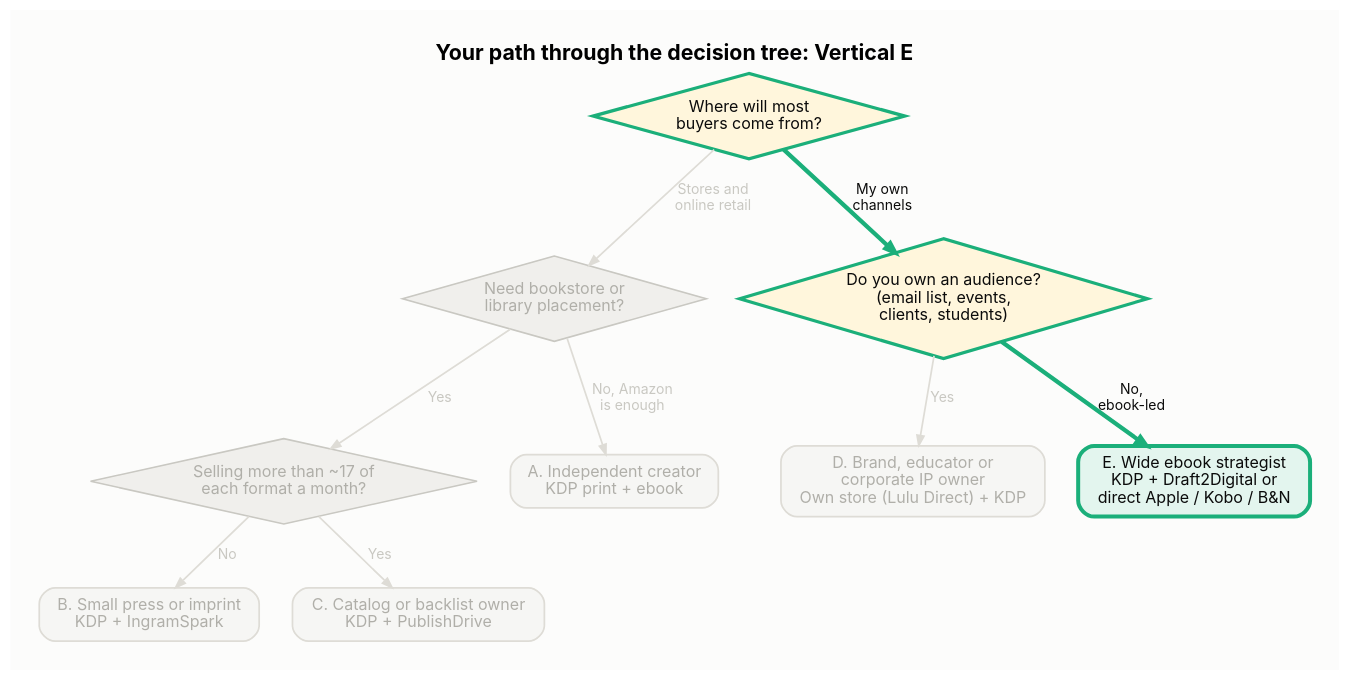
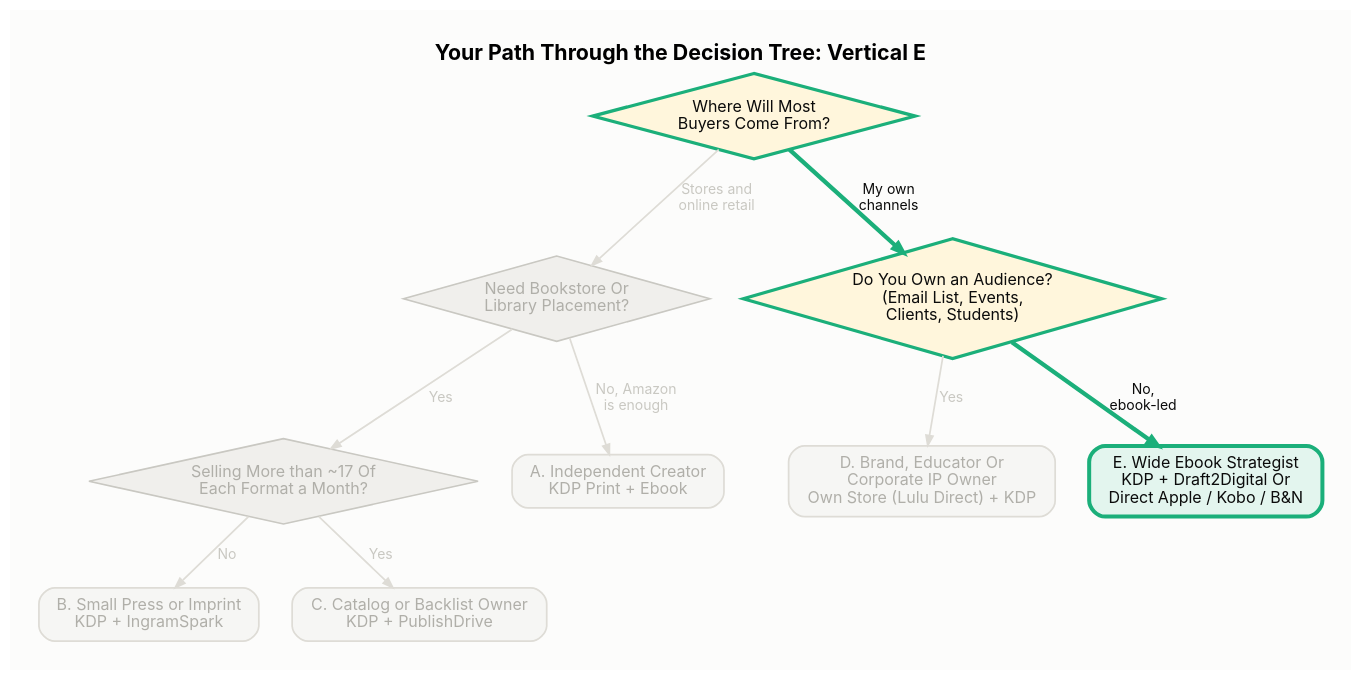
One commit to ShamarRobinson/ip-distribution-decision-verticals changed the diagram in diagrams/d2_path_E.dot. Above: the diagram before and after it, drawn with Graphviz. The commit also changed 130 other files, not shown here.

```diff
--- a/diagrams/d2_path_E.dot
+++ b/diagrams/d2_path_E.dot
@@ -1,37 +1,37 @@
 digraph G { rankdir=TB; bgcolor="#fcfcfb"; pad=0.3; nodesep=0.35; ranksep=0.5;
-labelloc=t; label=<<b>Your path through the decision tree: Vertical E</b>>; fontname="Inter"; fontsize=16;
+labelloc=t; label=<<b>Your Path Through the Decision Tree: Vertical E</b>>; fontname="Inter"; fontsize=16;
 node [fontname="Inter", fontsize=12, penwidth=1.3]; edge [fontname="Inter", fontsize=10.5, arrowsize=0.75];
-q1 [label="Where will most
-buyers come from?", shape=diamond, style=filled, fillcolor="#fff6dc", color="#1baf7a", fontcolor="#0b0b0b", margin="0.04,0.04", penwidth=2.4];
-q2 [label="Need bookstore or
-library placement?", shape=diamond, style=filled, fillcolor="#f0efec", color="#c9c8c2", fontcolor="#b0afa9", margin="0.04,0.04", penwidth=1.2];
-q3 [label="Selling more than ~17 of
-each format a month?", shape=diamond, style=filled, fillcolor="#f0efec", color="#c9c8c2", fontcolor="#b0afa9", margin="0.04,0.04", penwidth=1.2];
-q4 [label="Do you own an audience?
-(email list, events,
-clients, students)", shape=diamond, style=filled, fillcolor="#fff6dc", color="#1baf7a", fontcolor="#0b0b0b", margin="0.04,0.04", penwidth=2.4];
-A [label="A. Independent creator
-KDP print + ebook", shape=box, style="rounded,filled", fillcolor="#f6f6f4", color="#dedcd6", fontcolor="#b0afa9", margin="0.18,0.1", penwidth=1.3];
-B [label="B. Small press or imprint
+q1 [label="Where Will Most
+Buyers Come From?", shape=diamond, style=filled, fillcolor="#fff6dc", color="#1baf7a", fontcolor="#0b0b0b", margin="0.04,0.04", penwidth=2.4];
+q2 [label="Need Bookstore Or
+Library Placement?", shape=diamond, style=filled, fillcolor="#f0efec", color="#c9c8c2", fontcolor="#b0afa9", margin="0.04,0.04", penwidth=1.2];
+q3 [label="Selling More than ~17 Of
+Each Format a Month?", shape=diamond, style=filled, fillcolor="#f0efec", color="#c9c8c2", fontcolor="#b0afa9", margin="0.04,0.04", penwidth=1.2];
+q4 [label="Do You Own an Audience?
+(Email List, Events,
+Clients, Students)", shape=diamond, style=filled, fillcolor="#fff6dc", color="#1baf7a", fontcolor="#0b0b0b", margin="0.04,0.04", penwidth=2.4];
+A [label="A. Independent Creator
+KDP Print + Ebook", shape=box, style="rounded,filled", fillcolor="#f6f6f4", color="#dedcd6", fontcolor="#b0afa9", margin="0.18,0.1", penwidth=1.3];
+B [label="B. Small Press or Imprint
 KDP + IngramSpark", shape=box, style="rounded,filled", fillcolor="#f6f6f4", color="#dedcd6", fontcolor="#b0afa9", margin="0.18,0.1", penwidth=1.3];
-C [label="C. Catalog or backlist owner
+C [label="C. Catalog or Backlist Owner
 KDP + PublishDrive", shape=box, style="rounded,filled", fillcolor="#f6f6f4", color="#dedcd6", fontcolor="#b0afa9", margin="0.18,0.1", penwidth=1.3];
-D [label="D. Brand, educator or
-corporate IP owner
-Own store (Lulu Direct) + KDP", shape=box, style="rounded,filled", fillcolor="#f6f6f4", color="#dedcd6", fontcolor="#b0afa9", margin="0.18,0.1", penwidth=1.3];
-E [label="E. Wide ebook strategist
-KDP + Draft2Digital or
-direct Apple / Kobo / B&N", shape=box, style="rounded,filled", fillcolor="#e3f5ee", color="#1baf7a", fontcolor="#0b0b0b", margin="0.18,0.1", penwidth=3];
+D [label="D. Brand, Educator Or
+Corporate IP Owner
+Own Store (Lulu Direct) + KDP", shape=box, style="rounded,filled", fillcolor="#f6f6f4", color="#dedcd6", fontcolor="#b0afa9", margin="0.18,0.1", penwidth=1.3];
+E [label="E. Wide Ebook Strategist
+KDP + Draft2Digital Or
+Direct Apple / Kobo / B&N", shape=box, style="rounded,filled", fillcolor="#e3f5ee", color="#1baf7a", fontcolor="#0b0b0b", margin="0.18,0.1", penwidth=3];
 q1 -> q2 [label="Stores and
 online retail", color="#dedcd6", fontcolor="#c9c8c2", penwidth=1.3];
 q1 -> q4 [label="My own
 channels", color="#1baf7a", fontcolor="#0b0b0b", penwidth=3.2];
 q2 -> A [label="No, Amazon
 is enough", color="#dedcd6", fontcolor="#c9c8c2", penwidth=1.3];
 q2 -> q3 [label="Yes", color="#dedcd6", fontcolor="#c9c8c2", penwidth=1.3];
 q3 -> B [label="No", color="#dedcd6", fontcolor="#c9c8c2", penwidth=1.3];
 q3 -> C [label="Yes", color="#dedcd6", fontcolor="#c9c8c2", penwidth=1.3];
 q4 -> D [label="Yes", color="#dedcd6", fontcolor="#c9c8c2", penwidth=1.3];
 q4 -> E [label="No,
 ebook-led", color="#1baf7a", fontcolor="#0b0b0b", penwidth=3.2];
 }
```
